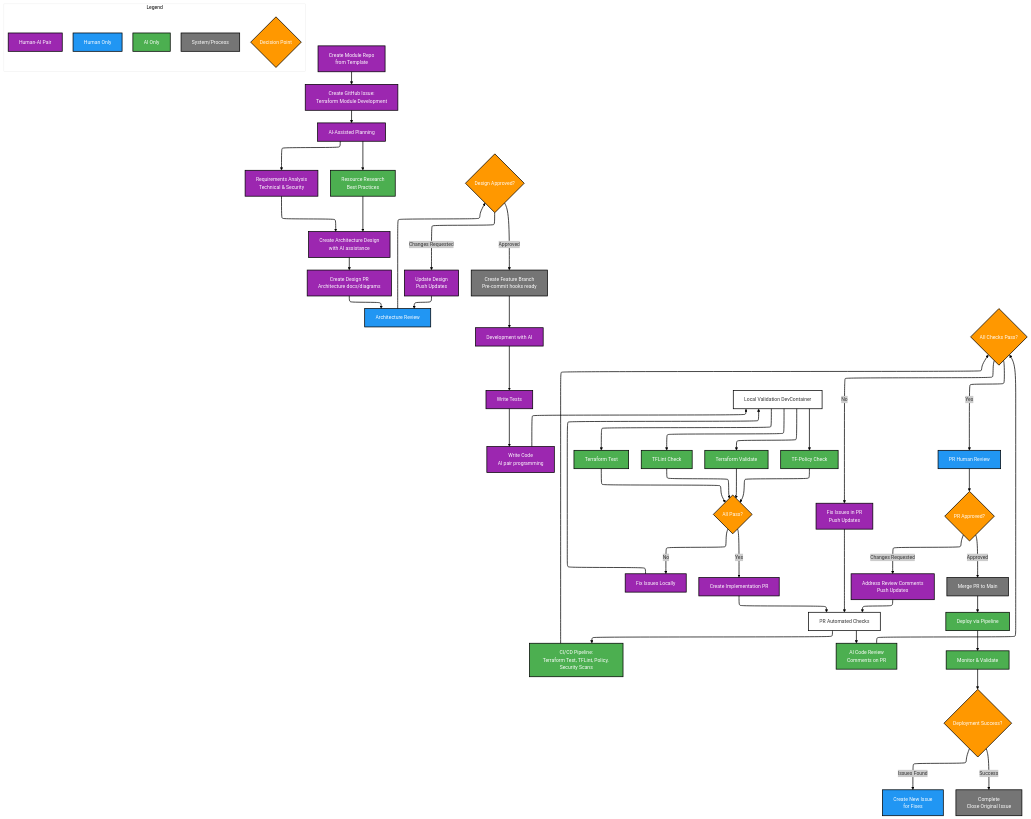
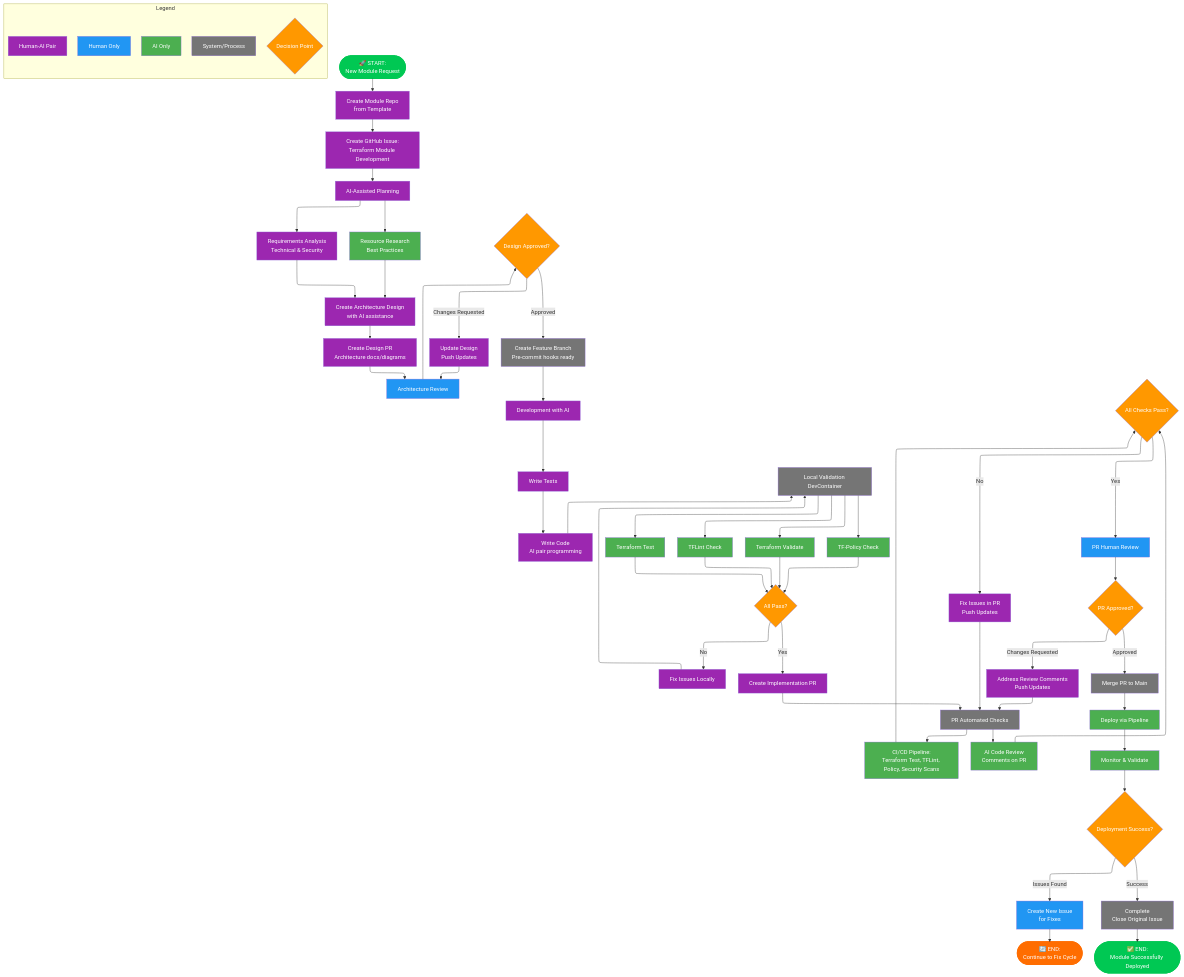
One commit to hashi-demo-lab/claude-code-devcontainer changed the diagram in .claude/workflows/workflow.mmd. Above: the diagram before and after it, drawn with Mermaid.

Commit message:
Update workflow diagram theme and enhance flow structure with additional nodes

```diff
--- a/.claude/workflows/workflow.mmd
+++ b/.claude/workflows/workflow.mmd
@@ -1,92 +1,100 @@
 ---
 config:
   layout: elk
   look: classic
-  theme: neo
+  theme: mc
 ---
 flowchart TD
  subgraph Legend["Legend"]
         L1["Human Only"]
         L2["AI Only"]
         L3["Human-AI Pair"]
         L4["System/Process"]
         L5{"Decision Point"}
   end
-    A0["Create Module Repo<br>from Template"] --> A["Create GitHub Issue:<br>Terraform Module Development"]
+    START(["🚀 START:<br>New Module Request"]) --> A0["Create Module Repo<br>from Template"]
+    A0 --> A["Create GitHub Issue:<br>Terraform Module Development"]
     A --> B["AI-Assisted Planning"]
     B --> B1["Requirements Analysis<br>Technical &amp; Security"] & B2["Resource Research<br>Best Practices"]
     B1 --> C["Create Architecture Design<br>with AI assistance"]
     B2 --> C
     C --> C1["Create Design PR<br>Architecture docs/diagrams"]
     C1 --> C2["Architecture Review"]
     C2 --> C3{"Design Approved?"}
     C3 -- Changes Requested --> C4["Update Design<br>Push Updates"]
     C4 --> C2
     C3 -- Approved --> D["Create Feature Branch<br>Pre-commit hooks ready"]
     D --> E["Development with AI"]
     E --> F["Write Tests"]
     F --> G["Write Code<br>AI pair programming"]
     G --> H["Local Validation DevContainer"]
     H --> H1["Terraform Test"] & H2["TFLint Check"] & H3["Terraform Validate"] & H4["TF-Policy Check"]
     H1 --> I{"All Pass?"}
     H2 --> I
     H3 --> I
     H4 --> I
     I -- No --> I1["Fix Issues Locally"]
     I1 --> H
     I -- Yes --> J["Create Implementation PR"]
     J --> K["PR Automated Checks"]
     K --> K1["CI/CD Pipeline:<br>Terraform Test, TFLint, Policy, Security Scans"] & K2["AI Code Review<br>Comments on PR"]
     K1 --> L{"All Checks Pass?"}
     K2 --> L
     L -- No --> M["Fix Issues in PR<br>Push Updates"]
     M --> K
     L -- Yes --> N["PR Human Review"]
     N --> O{"PR Approved?"}
     O -- Changes Requested --> P["Address Review Comments<br>Push Updates"]
     P --> K
     O -- Approved --> Q["Merge PR to Main"]
     Q --> R["Deploy via Pipeline"]
     R --> S["Monitor & Validate"]
     S --> T{"Deployment Success?"}
     T -- Issues Found --> U["Create New Issue<br>for Fixes"]
+    U --> END2(["🔄 END:<br>Continue to Fix Cycle"])
     T -- Success --> V["Complete<br>Close Original Issue"]
+    V --> END1(["✅ END:<br>Module Successfully Deployed"])
     style L1 fill:#2196F3,color:#fff
     style L2 fill:#4CAF50,color:#fff
     style L3 fill:#9C27B0,color:#fff
     style L4 fill:#757575,color:#fff
     style L5 fill:#FF9800,color:#fff
+    style START fill:#00C853,stroke:#00C853,color:#fff,stroke-width:3px
     style A0 fill:#9C27B0,color:#fff
     style A fill:#9C27B0,color:#fff
     style B fill:#9C27B0,color:#fff
     style B1 fill:#9C27B0,color:#fff
     style B2 fill:#4CAF50,color:#fff
     style C fill:#9C27B0,color:#fff
     style C1 fill:#9C27B0,color:#fff
     style C2 fill:#2196F3,color:#fff
     style C3 fill:#FF9800,color:#fff
     style C4 fill:#9C27B0,color:#fff
     style D fill:#757575,color:#fff
     style E fill:#9C27B0,color:#fff
     style F fill:#9C27B0,color:#fff
     style G fill:#9C27B0,color:#fff
+    style H fill:#757575,color:#fff
     style H1 fill:#4CAF50,color:#fff
     style H2 fill:#4CAF50,color:#fff
     style H3 fill:#4CAF50,color:#fff
     style H4 fill:#4CAF50,color:#fff
     style I fill:#FF9800,color:#fff
     style I1 fill:#9C27B0,color:#fff
     style J fill:#9C27B0,color:#fff
+    style K fill:#757575,color:#fff
     style K1 fill:#4CAF50,color:#fff
     style K2 fill:#4CAF50,color:#fff
     style L fill:#FF9800,color:#fff
     style M fill:#9C27B0,color:#fff
     style N fill:#2196F3,color:#fff
     style O fill:#FF9800,color:#fff
     style P fill:#9C27B0,color:#fff
     style Q fill:#757575,color:#fff
     style R fill:#4CAF50,color:#fff
     style S fill:#4CAF50,color:#fff
     style T fill:#FF9800,color:#fff
     style U fill:#2196F3,color:#fff
+    style END2 fill:#FF6D00,stroke:#FF6D00,color:#fff,stroke-width:3px
     style V fill:#757575,color:#fff
+    style END1 fill:#00C853,stroke:#00C853,color:#fff,stroke-width:3px
```
